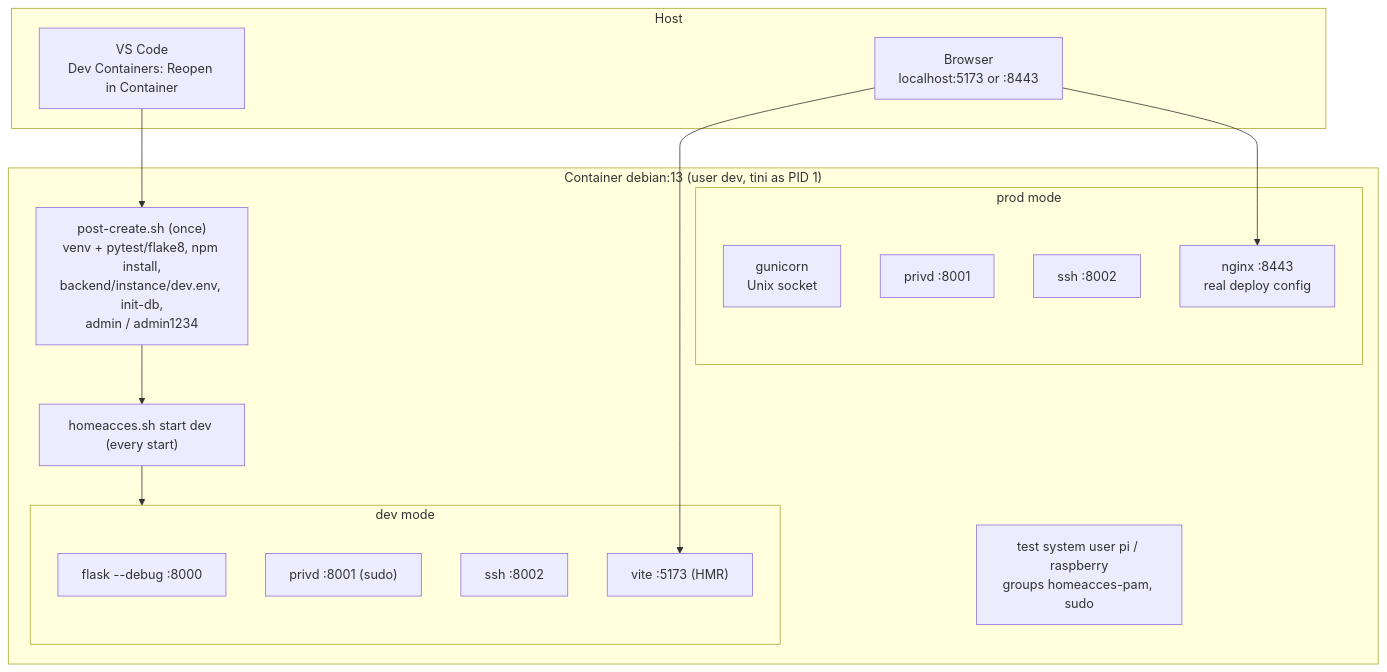
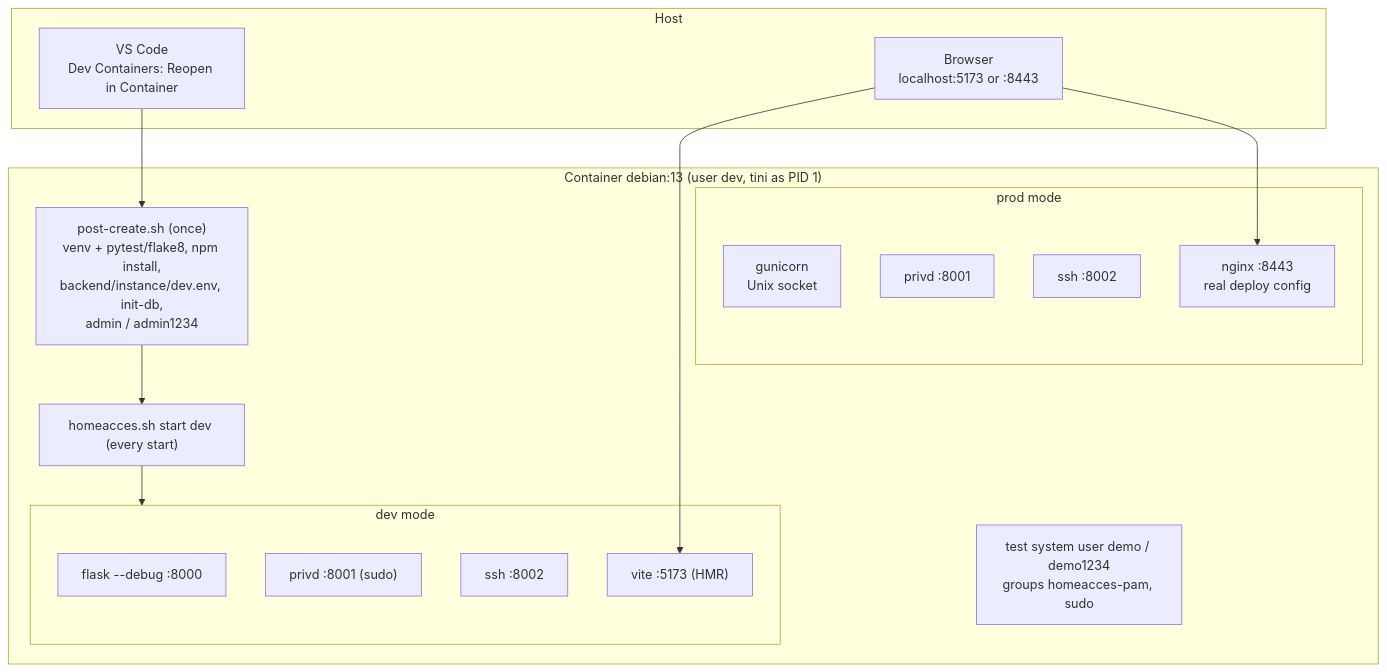
One commit to juanecito/Home_Access_Web changed the sixth of 6 diagrams in doc/06-deployment.md. Above: the diagram before and after it, drawn with Mermaid. The commit also changed other lines of this file and 22 other files, not shown here.

````diff
--- a/doc/06-deployment.md
+++ b/doc/06-deployment.md
@@ -318,27 +318,27 @@
 ```mermaid
 flowchart TB
     subgraph Host
         VS["VS Code<br/>Dev Containers: Reopen in Container"]
         BRW["Browser<br/>localhost:5173 or :8443"]
     end
     subgraph Container["Container debian:13 (user dev, tini as PID 1)"]
         PC["post-create.sh (once)<br/>venv + pytest/flake8, npm install,<br/>backend/instance/dev.env, init-db,<br/>admin / admin1234"]
         HS["homeacces.sh start dev (every start)"]
         subgraph devmode["dev mode"]
             F["flask --debug :8000"]
             PR["privd :8001 (sudo)"]
             SS["ssh :8002"]
             V["vite :5173 (HMR)"]
         end
         subgraph prodmode["prod mode"]
             G["gunicorn<br/>Unix socket"]
             PR2["privd :8001"]
             SS2["ssh :8002"]
             NX["nginx :8443<br/>real deploy config"]
         end
-        PI["test system user pi / raspberry<br/>groups homeacces-pam, sudo"]
+        DU["test system user demo / demo1234<br/>groups homeacces-pam, sudo"]
     end
     VS --> PC --> HS --> devmode
     BRW --> V
     BRW --> NX
 ```
````
